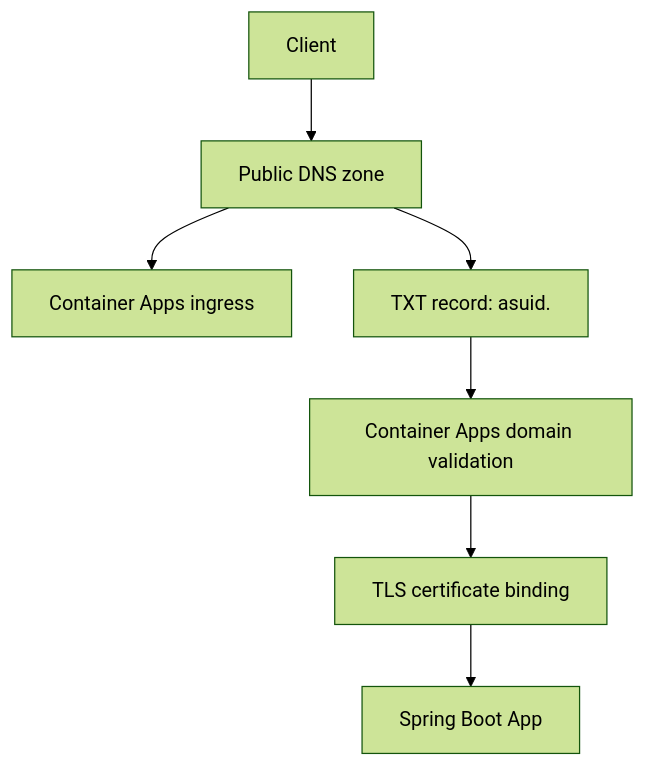
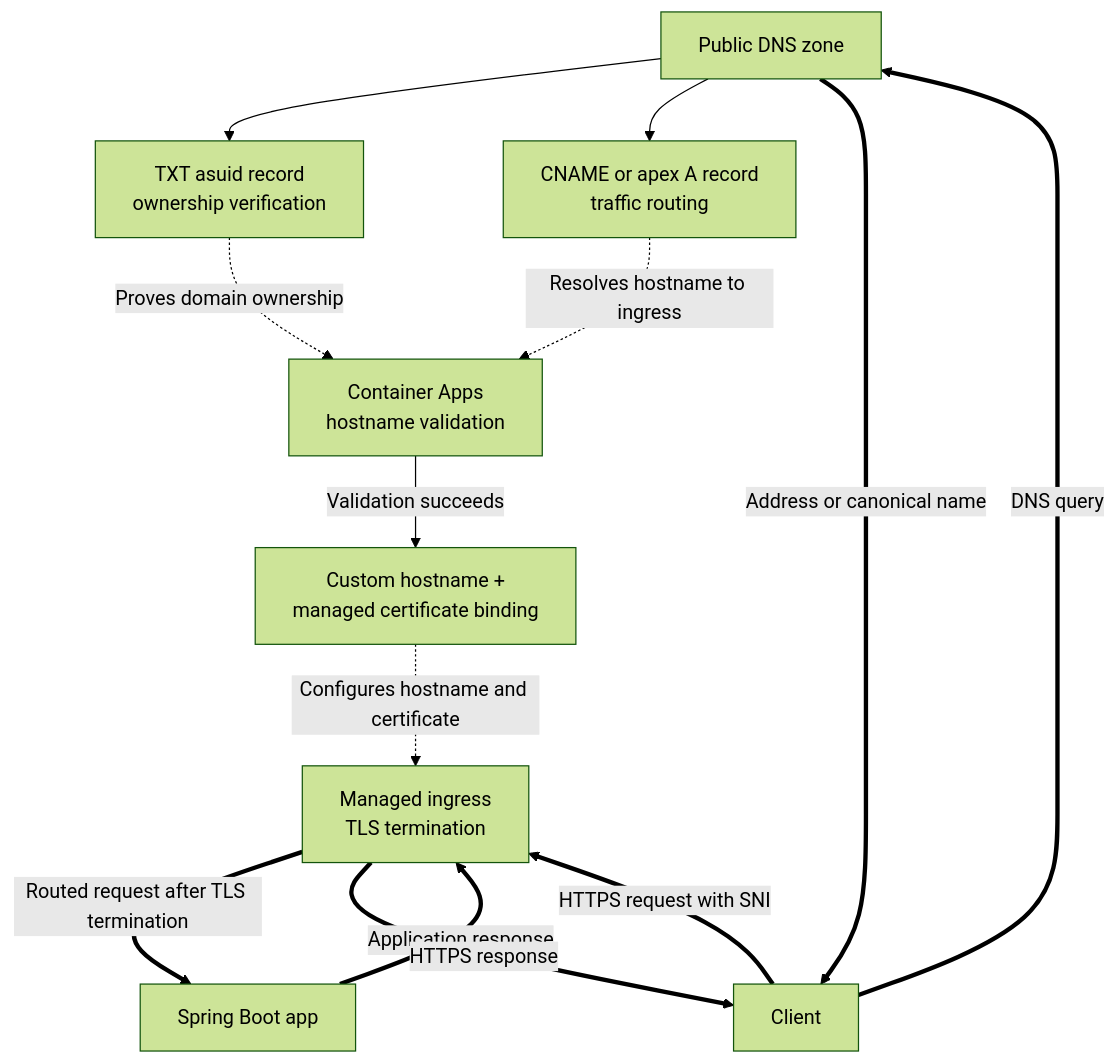
Before and after one commit to yeongseon/azure-container-apps-practical-guide: the diagram in docs/language-guides/java/recipes/custom-domains.md, drawn with Mermaid (forest theme). The commit also changed other lines of this file and 12 other files, not shown here.

Commit message:
docs(diagrams): migrate Java recipe diagrams (#631)

````diff
--- a/docs/language-guides/java/recipes/custom-domains.md
+++ b/docs/language-guides/java/recipes/custom-domains.md
@@ -18,9 +18,26 @@
 ```mermaid
 flowchart TD
-    U[Client] --> DNS[Public DNS zone]
-    DNS --> INGRESS[Container Apps ingress]
-    DNS --> TXT[TXT record: asuid.<host>]
-    TXT --> ACA[Container Apps domain validation]
-    ACA --> CERT[TLS certificate binding]
-    CERT --> APP[Spring Boot App]
+    accTitle: Custom hostname validation and HTTPS request flow
+    accDescr: DNS ownership and routing records permit Container Apps to validate and bind the hostname and managed certificate. After binding succeeds, a client resolves the hostname and sends an HTTPS request to managed ingress, which terminates TLS and routes the request to Spring Boot.
+    DNS[Public DNS zone]
+    TXT[TXT asuid record<br/>ownership verification]
+    ROUTE[CNAME or apex A record<br/>traffic routing]
+    VALIDATE[Container Apps<br/>hostname validation]
+    BIND[Custom hostname +<br/>managed certificate binding]
+    CLIENT[Client]
+    INGRESS[Managed ingress<br/>TLS termination]
+    APP[Spring Boot app]
+
+    DNS --> TXT
+    DNS --> ROUTE
+    TXT -.->|"Proves domain ownership"| VALIDATE
+    ROUTE -.->|"Resolves hostname to ingress"| VALIDATE
+    VALIDATE -->|"Validation succeeds"| BIND
+    BIND -.->|"Configures hostname and certificate"| INGRESS
+    CLIENT ==>|"DNS query"| DNS
+    DNS ==>|"Address or canonical name"| CLIENT
+    CLIENT ==>|"HTTPS request with SNI"| INGRESS
+    INGRESS ==>|"Routed request after TLS termination"| APP
+    APP ==>|"Application response"| INGRESS
+    INGRESS ==>|"HTTPS response"| CLIENT
 ```
````
